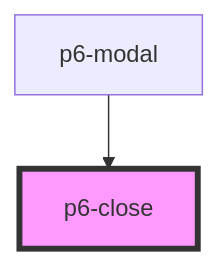
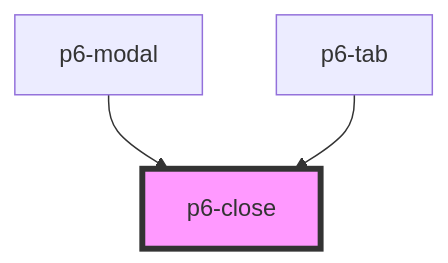
Before and after one commit to amalto/platform6-web-components: the diagram in packages/core/src/components/atoms/p6-close/readme.md, drawn with Mermaid. The commit also changed other lines of this file and 20 other files, not shown here.

````diff
--- a/packages/core/src/components/atoms/p6-close/readme.md
+++ b/packages/core/src/components/atoms/p6-close/readme.md
@@ -19,5 +20,6 @@
 ```mermaid
 graph TD;
   p6-modal --> p6-close
+  p6-tab --> p6-close
   style p6-close fill:#f9f,stroke:#333,stroke-width:4px
 ```
````
